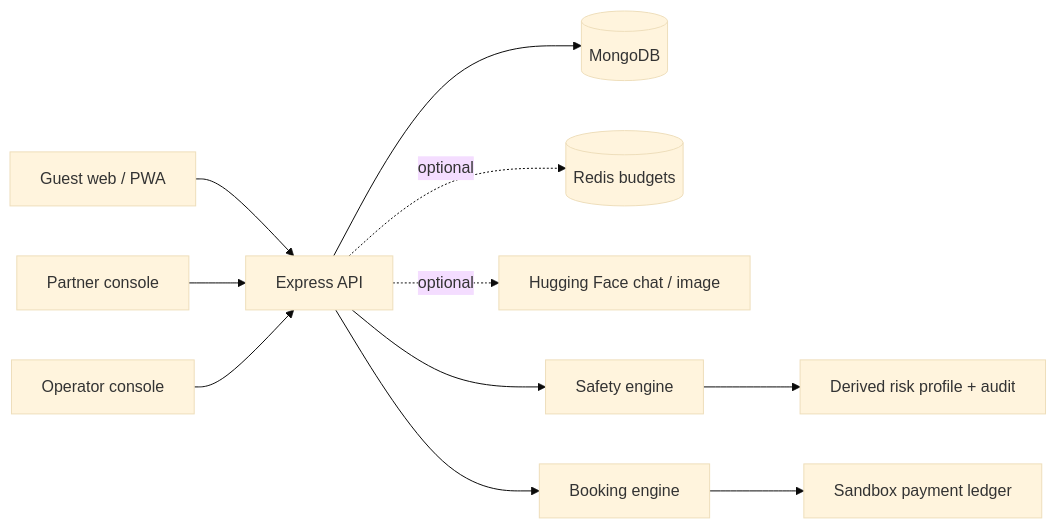
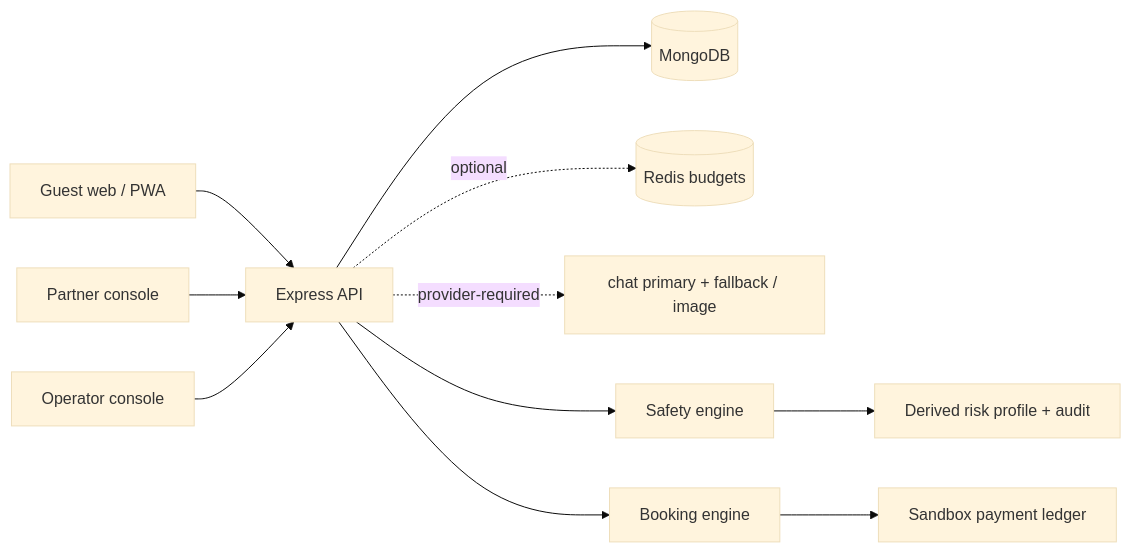
One commit to Mike-Animal-Counseling/PawCompanion changed the diagram in README.md. Above: the diagram before and after it, drawn with Mermaid (base theme). The commit also changed other lines of this file and 19 other files, not shown here.

````diff
--- a/README.md
+++ b/README.md
@@ -122,13 +122,13 @@
 ```mermaid
 flowchart LR
   Guest[Guest web / PWA] --> API[Express API]
   Partner[Partner console] --> API
   Operator[Operator console] --> API
   API --> Mongo[(MongoDB)]
   API -. optional .-> Redis[(Redis budgets)]
-  API -. optional .-> AI[Hugging Face chat / image]
+  API -. provider-required .-> AI[chat primary + fallback / image]
   API --> Safety[Safety engine]
   Safety --> Risk[Derived risk profile + audit]
   API --> Booking[Booking engine]
   Booking --> Pay[Sandbox payment ledger]
 ```
````
